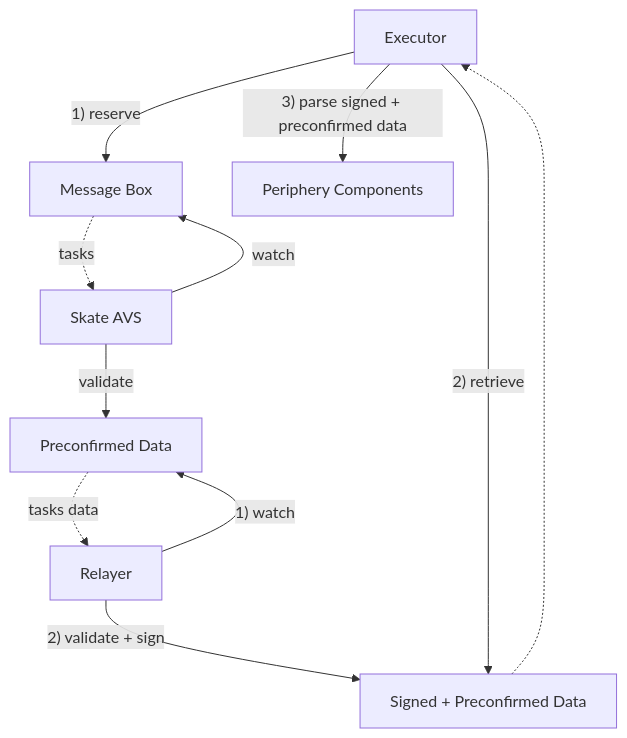
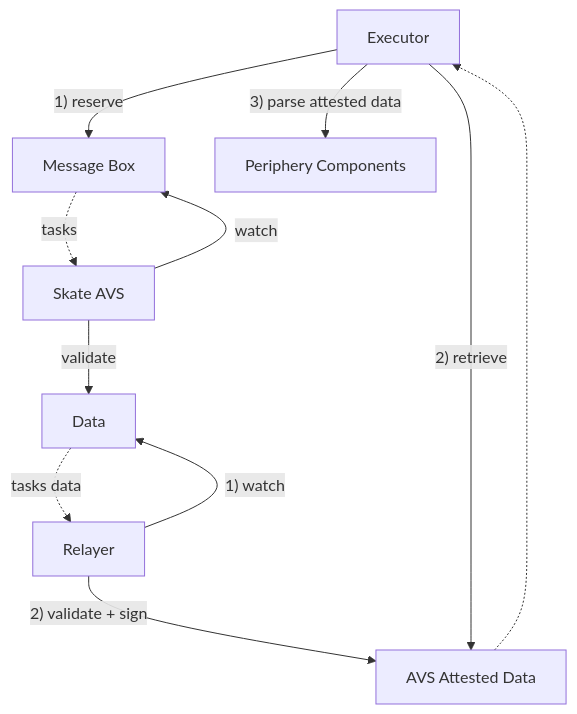
One commit to Skate-Org/docs changed the diagram in main/architecture/execution-network.mdx. Above: the diagram before and after it, drawn with Mermaid. The commit also changed 1 other file, not shown here.

Commit message:
Update AVS docs

````diff
--- a/main/architecture/execution-network.mdx
+++ b/main/architecture/execution-network.mdx
@@ -30,26 +30,26 @@
 ```mermaid
   flowchart TB
     executor[Executor]
     MB[Message Box]
     periphery[Periphery Components]
     AVS[Skate AVS]
     relayer[Relayer]
-    data[Preconfirmed Data]
-    signed_data[Signed + Preconfirmed Data]
+    data[Data]
+    signed_data[AVS Attested Data]
 
     executor -- "1) reserve" --> MB
 
     AVS -- watch --> MB
     MB -. tasks .-> AVS
 
     AVS -- validate --> data
     relayer -- "1) watch" --> data
 
     data -. tasks data .-> relayer
     relayer -- "2) validate + sign" --> signed_data
 
     executor -- "2) retrieve" --> signed_data
     signed_data -..-> executor
 
-    executor -- "3) parse signed + preconfirmed data" --> periphery
+    executor -- "3) parse attested data" --> periphery
 ```
````
